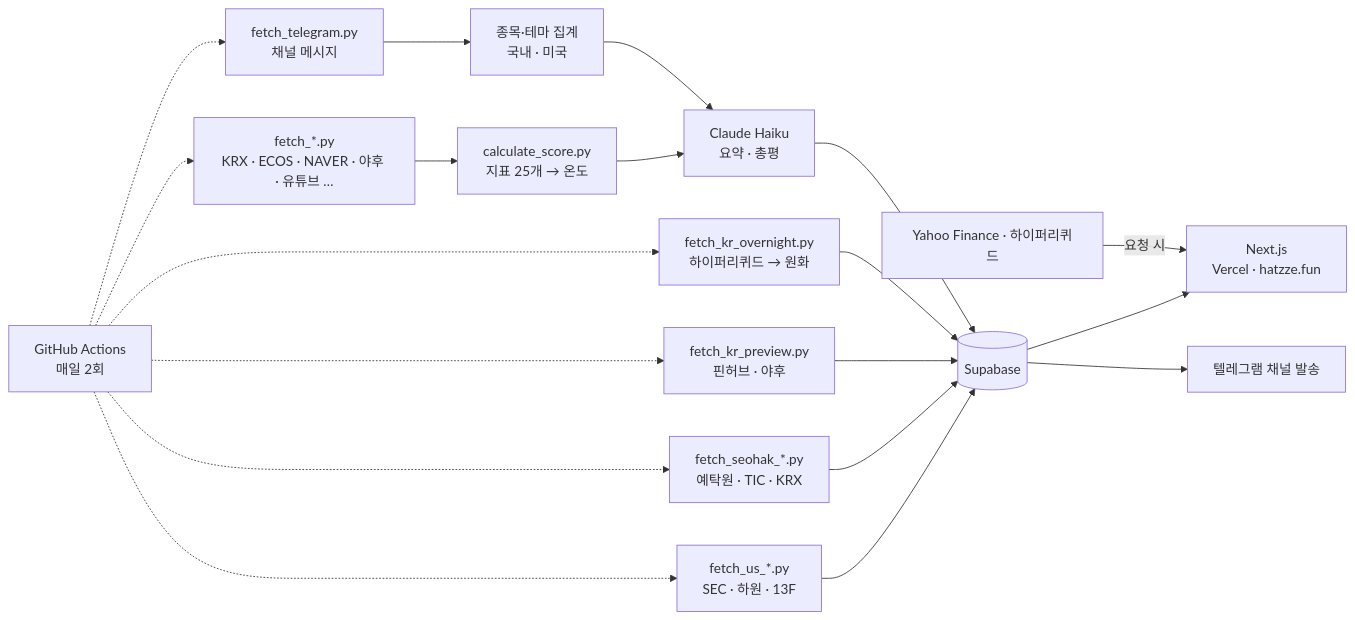
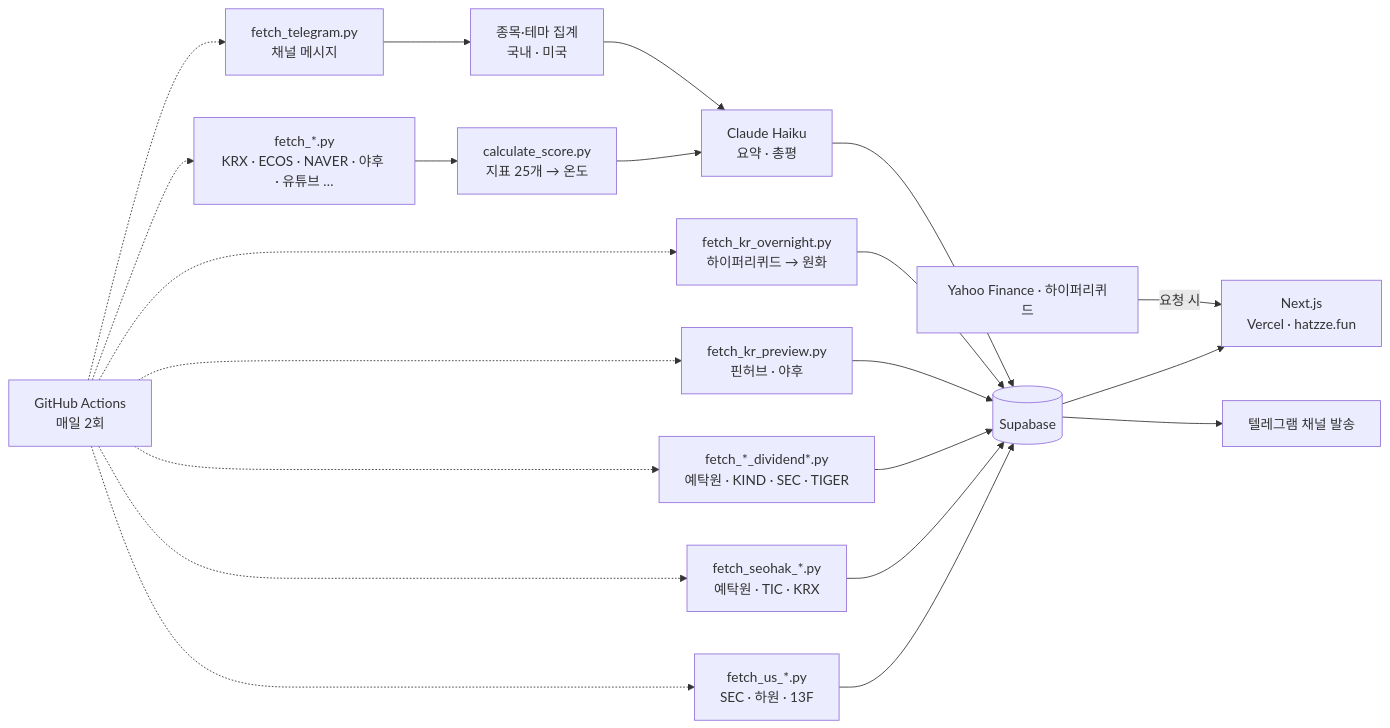
The diagram in README.md (drakedog-kr/hatzze), drawn with Mermaid before and after one commit. The commit also changed other lines of this file and 1 other file, not shown here.

````diff
--- a/README.md
+++ b/README.md
@@ -28,21 +29,23 @@
 ```mermaid
 flowchart LR
     A["fetch_*.py<br/>KRX · ECOS · NAVER · 야후 · 유튜브 …"] --> B["calculate_score.py<br/>지표 25개 → 온도"]
     T1["fetch_telegram.py<br/>채널 메시지"] --> T2["종목·테마 집계<br/>국내 · 미국"]
     U1["fetch_us_*.py<br/>SEC · 하원 · 13F"] --> D
     S1["fetch_seohak_*.py<br/>예탁원 · TIC · KRX"] --> D
+    V1["fetch_*_dividend*.py<br/>예탁원 · KIND · SEC · TIGER"] --> D
     P1["fetch_kr_preview.py<br/>핀허브 · 야후"] --> D
     P2["fetch_kr_overnight.py<br/>하이퍼리퀴드 → 원화"] --> D
     B --> L["Claude Haiku<br/>요약 · 총평"]
     T2 --> L
     L --> D[("Supabase")]
     D --> E["Next.js<br/>Vercel · hatzze.fun"]
     D --> BC["텔레그램 채널 발송"]
     Y["Yahoo Finance · 하이퍼리퀴드"] -->|요청 시| E
     G["GitHub Actions<br/>매일 2회"] -.-> A
     G -.-> T1
     G -.-> U1
     G -.-> S1
+    G -.-> V1
     G -.-> P1
     G -.-> P2
 ```
````
